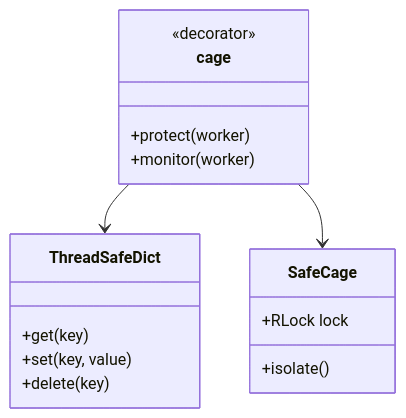
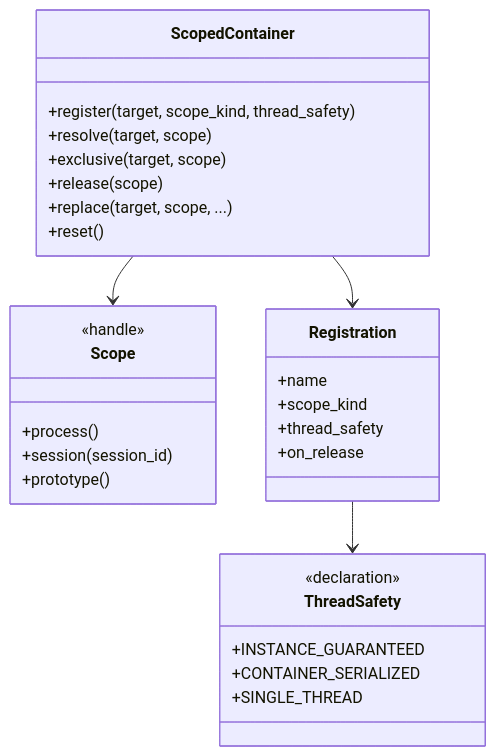
Before and after one commit to YearsAlso/zoo-framework: the fourth of 11 diagrams in docs/ARCHITECTURE.md, drawn with Mermaid. The commit also changed other lines of this file and 7 other files, not shown here.

````diff
--- a/docs/ARCHITECTURE.md
+++ b/docs/ARCHITECTURE.md
@@ -136,22 +139,36 @@
 ```mermaid
 classDiagram
-    class cage {
-        <<decorator>>
-        +protect(worker)
-        +monitor(worker)
+    class ScopedContainer {
+        +register(target, scope_kind, thread_safety)
+        +resolve(target, scope)
+        +exclusive(target, scope)
+        +release(scope)
+        +replace(target, scope, ...)
+        +reset()
     }
-    
-    class ThreadSafeDict {
-        +get(key)
-        +set(key, value)
-        +delete(key)
+
+    class Scope {
+        <<handle>>
+        +process()
+        +session(session_id)
+        +prototype()
     }
-    
-    class SafeCage {
-        +RLock lock
-        +isolate()
+
+    class Registration {
+        +name
+        +scope_kind
+        +thread_safety
+        +on_release
     }
-    
-    cage --> ThreadSafeDict
-    cage --> SafeCage
+
+    class ThreadSafety {
+        <<declaration>>
+        +INSTANCE_GUARANTEED
+        +CONTAINER_SERIALIZED
+        +SINGLE_THREAD
+    }
+
+    ScopedContainer --> Scope
+    ScopedContainer --> Registration
+    Registration --> ThreadSafety
 ```
````
